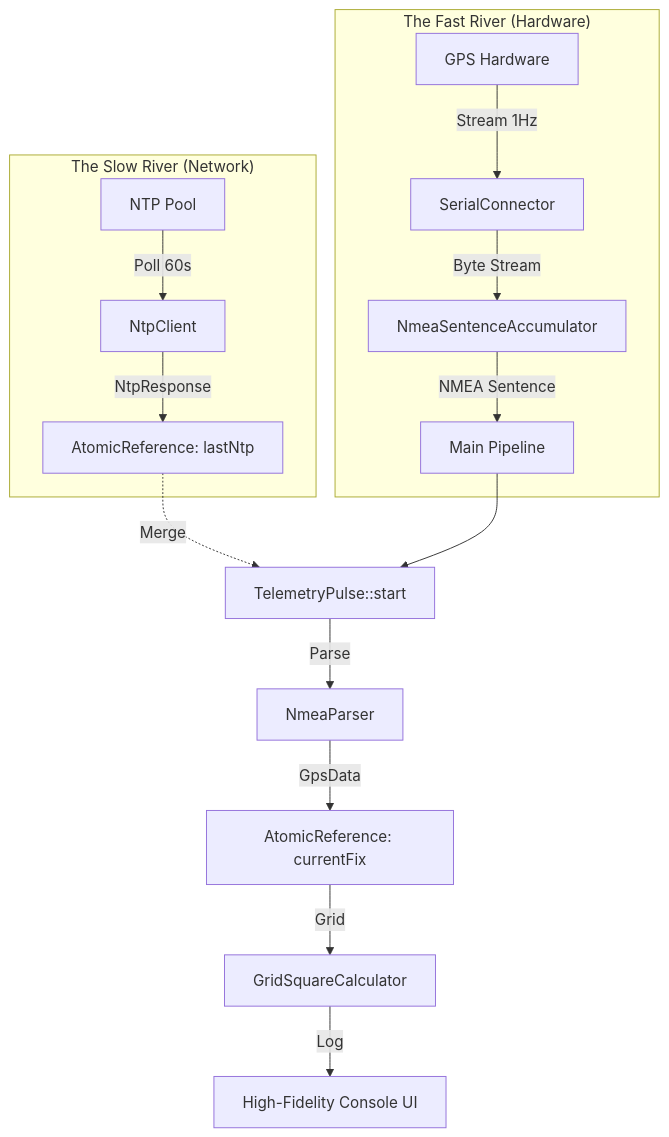
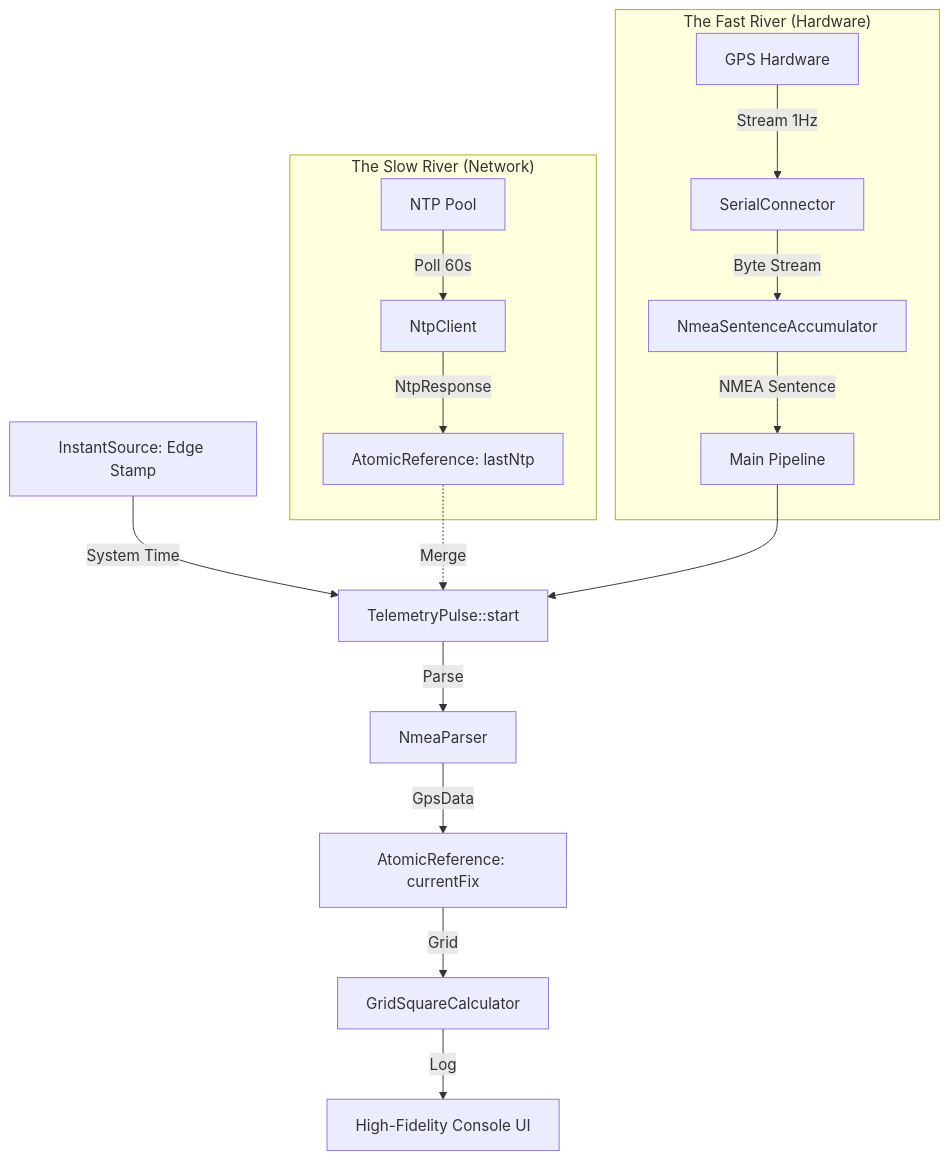
One commit to N8QQQ/qtr-qth changed the fourth of 4 diagrams in docs/architecture/ARCHITECTURE.md. Above: the diagram before and after it, drawn with Mermaid. The commit also changed other lines of this file and 12 other files, not shown here.

````diff
--- a/docs/architecture/ARCHITECTURE.md
+++ b/docs/architecture/ARCHITECTURE.md
@@ -99,20 +150,21 @@
 ```mermaid
 flowchart TD
     subgraph "The Slow River (Network)"
         NTP[NTP Pool] --> |Poll 60s| NC[NtpClient]
         NC --> |NtpResponse| AR[AtomicReference: lastNtp]
     end
 
     subgraph "The Fast River (Hardware)"
         GPS[GPS Hardware] --> |Stream 1Hz| SC[SerialConnector]
         SC --> |Byte Stream| AC[NmeaSentenceAccumulator]
         AC --> |NMEA Sentence| ML[Main Pipeline]
     end
 
+    CLOCK[InstantSource: Edge Stamp] --> |System Time| TP
     AR -.-> |Merge| TP[TelemetryPulse::start]
     ML --> TP
     TP --> |Parse| NP[NmeaParser]
     NP --> |GpsData| CF[AtomicReference: currentFix]
     CF --> |Grid| GS[GridSquareCalculator]
     GS --> |Log| LOG[High-Fidelity Console UI]
 ```
````
